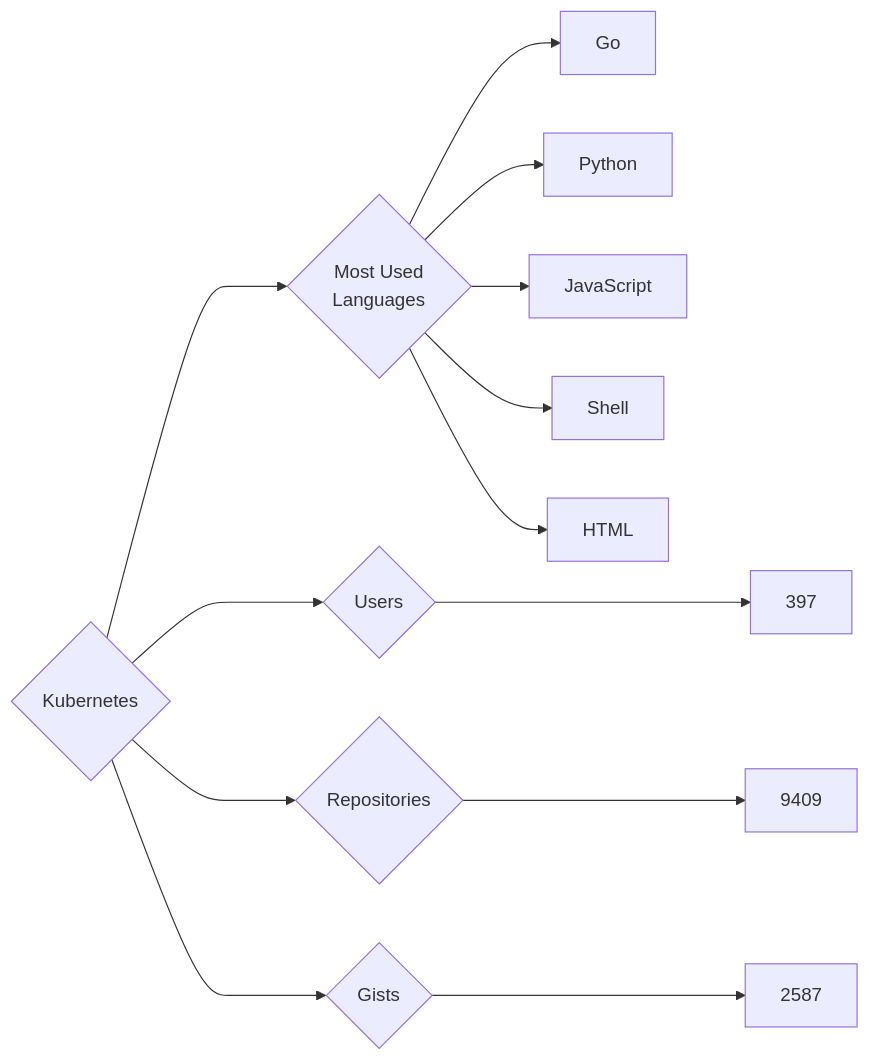
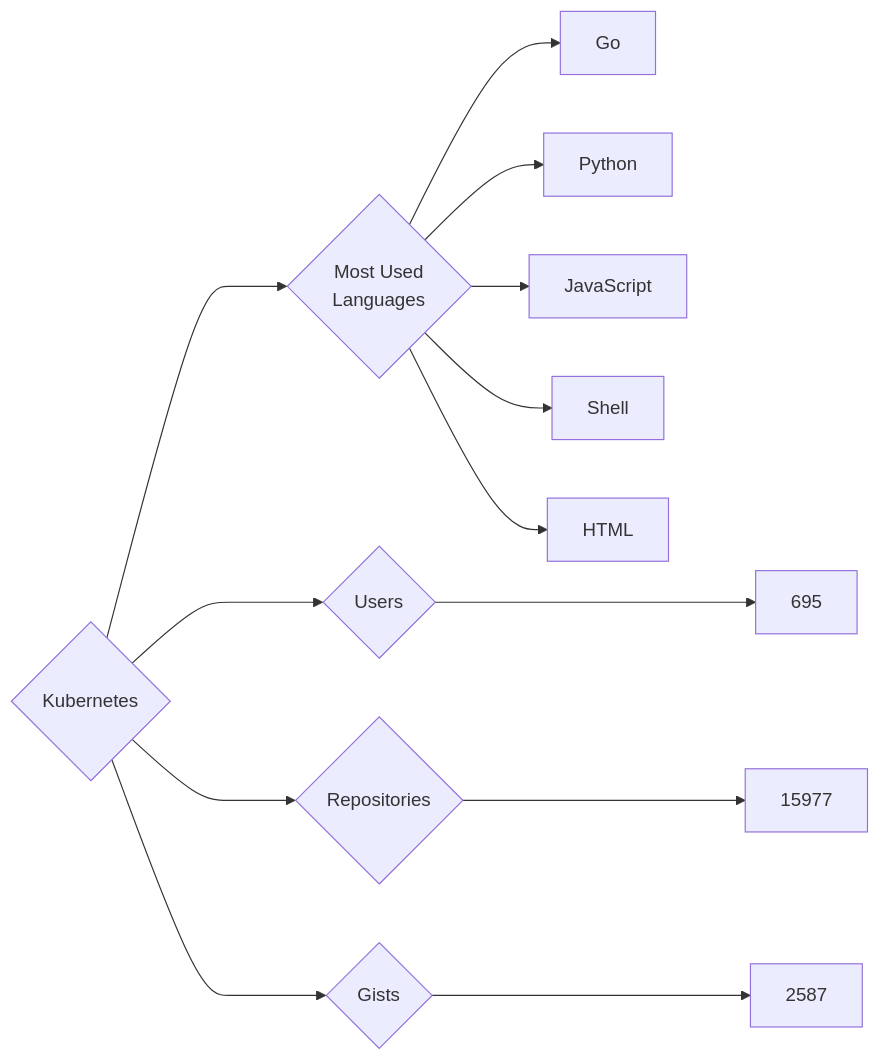
One commit to trickest/insiders changed the diagram in targets/Kubernetes/README.md. Above: the diagram before and after it, drawn with Mermaid. The commit also changed 718 other files, not shown here.

````diff
--- a/targets/Kubernetes/README.md
+++ b/targets/Kubernetes/README.md
@@ -3,13 +3,13 @@
 ```mermaid
 graph LR
 COMPANY_NAME{Kubernetes}
-COMPANY_NAME ---> U{Users} ---> UN[397]
-COMPANY_NAME ---> R{Repositories} ---> RN[9409]
+COMPANY_NAME ---> U{Users} ---> UN[695]
+COMPANY_NAME ---> R{Repositories} ---> RN[15977]
 COMPANY_NAME ---> G{Gists} ---> GN[2587]
 COMPANY_NAME ---> ML{Most Used<br>Languages}
 ML --> Go[Go]
 ML --> Python[Python]
 ML --> JavaScript[JavaScript]
 ML --> Shell[Shell]
 ML --> HTML[HTML]
 ```
````
